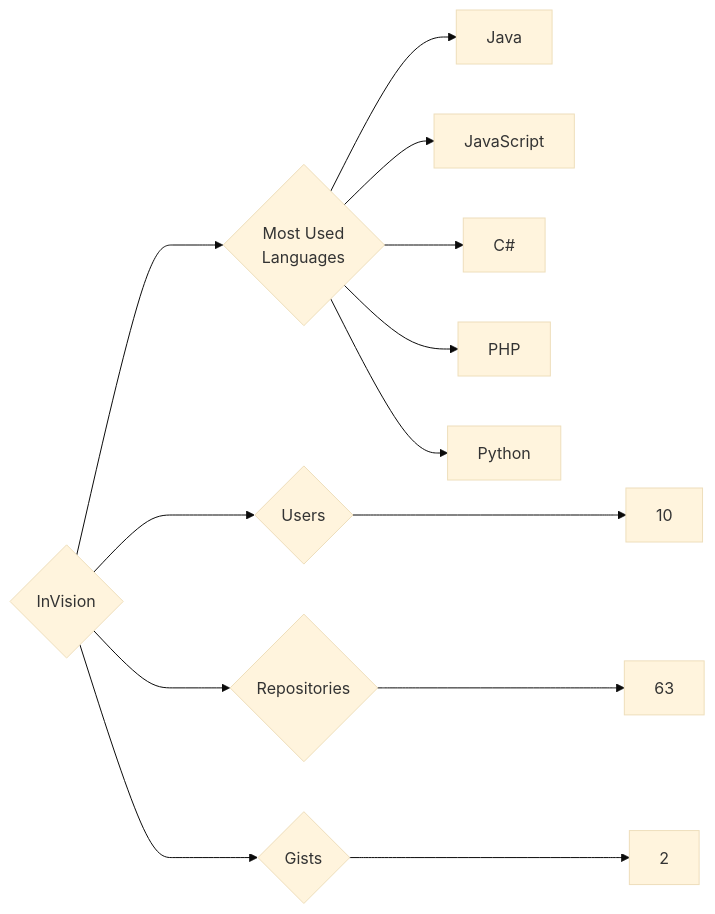
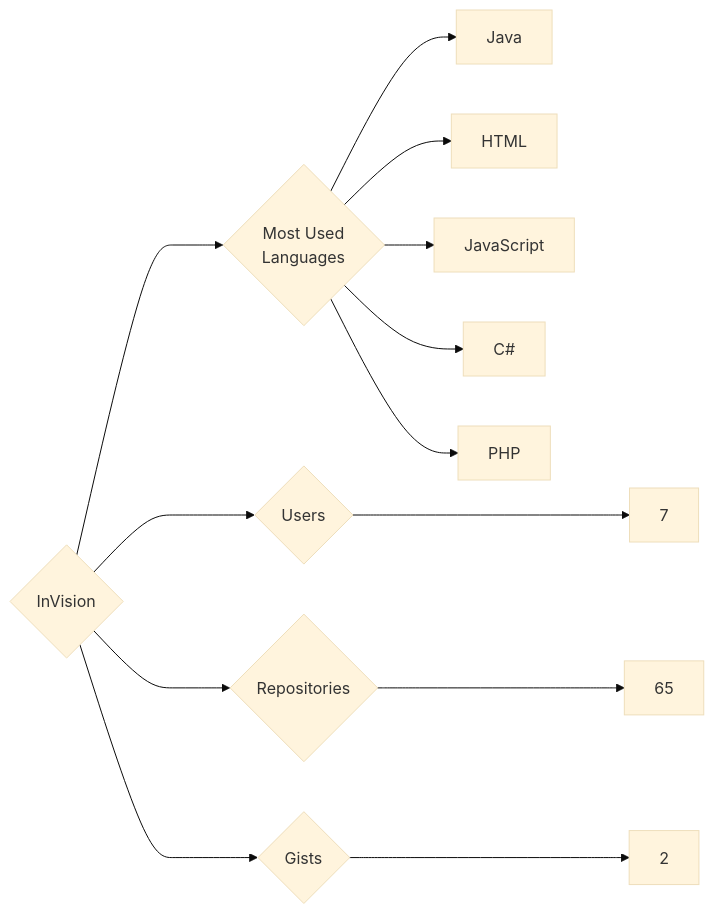
The diagram in targets/InVision/README.md (trickest/insiders), drawn with Mermaid (base theme) before and after one commit. The commit also changed 724 other files, not shown here.

````diff
--- a/targets/InVision/README.md
+++ b/targets/InVision/README.md
@@ -3,13 +3,13 @@
 ```mermaid
 graph LR
 COMPANY_NAME{InVision}
-COMPANY_NAME ---> U{Users} ---> UN[10]
-COMPANY_NAME ---> R{Repositories} ---> RN[63]
+COMPANY_NAME ---> U{Users} ---> UN[7]
+COMPANY_NAME ---> R{Repositories} ---> RN[65]
 COMPANY_NAME ---> G{Gists} ---> GN[2]
 COMPANY_NAME ---> ML{Most Used<br>Languages}
 ML --> Java[Java]
+ML --> HTML[HTML]
 ML --> JavaScript[JavaScript]
 ML --> C#[C#]
 ML --> PHP[PHP]
-ML --> Python[Python]
 ```
````
